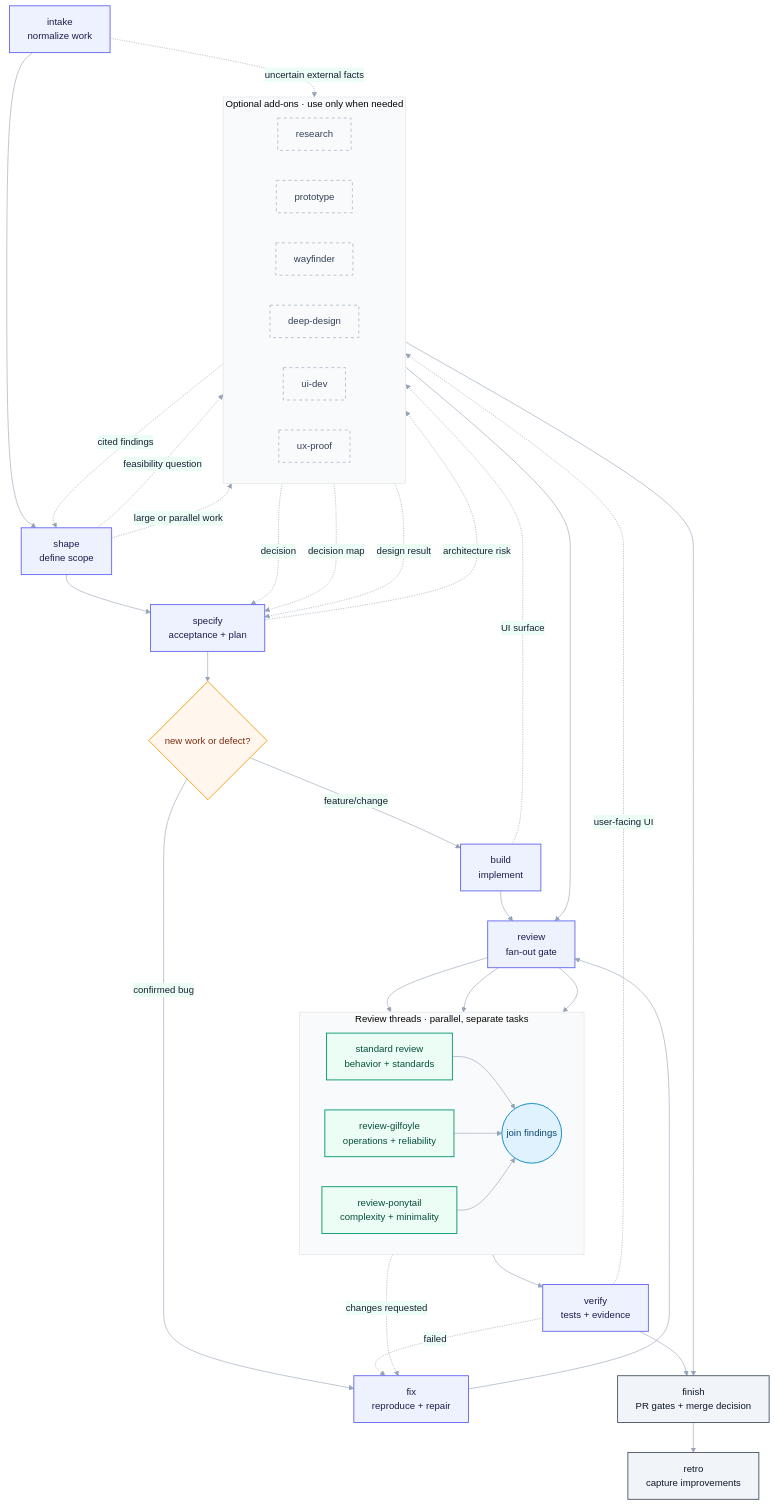
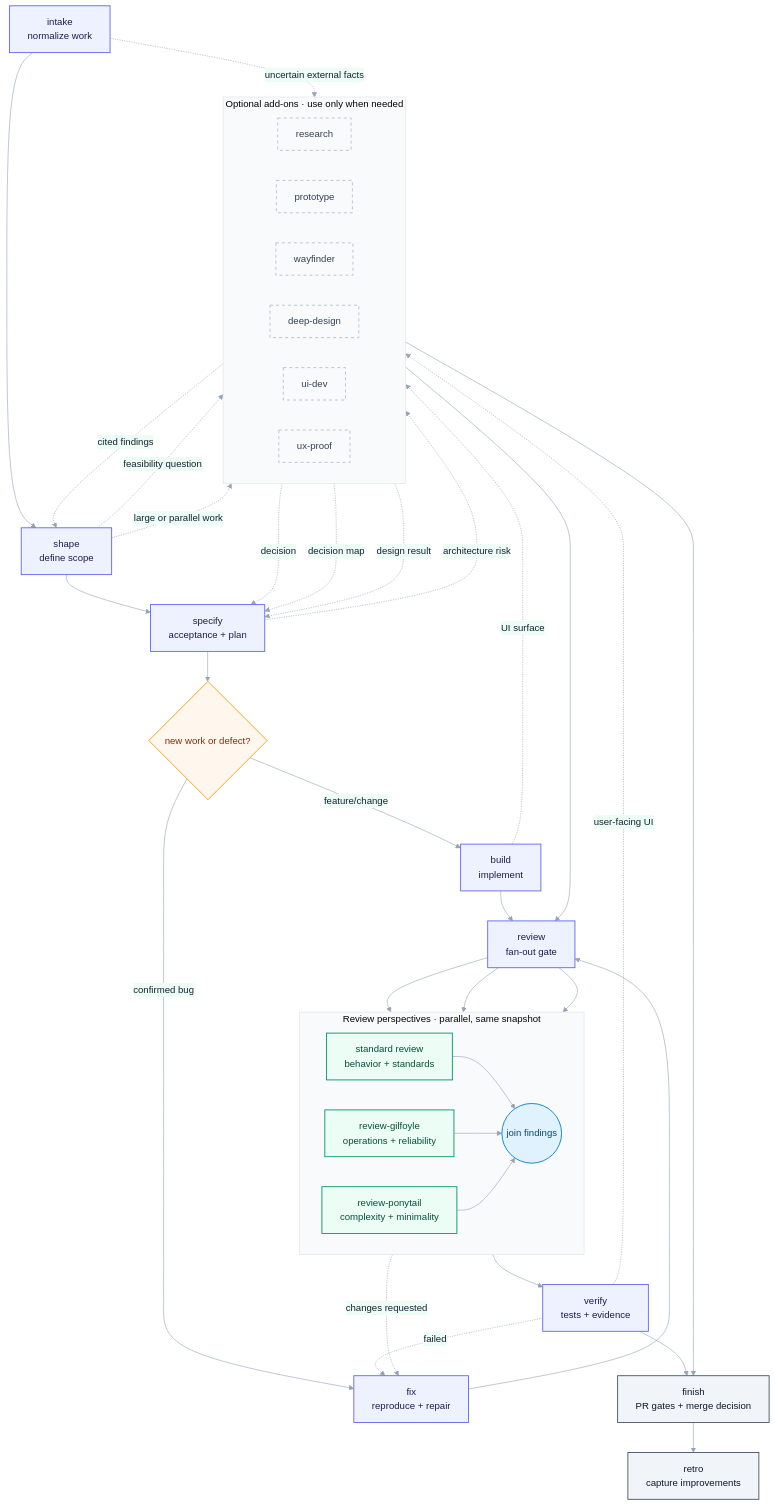
The second of 2 diagrams in README.md (Igloczek/skills), drawn with Mermaid before and after one commit. The commit also changed other lines of this file and 18 other files, not shown here.

````diff
--- a/README.md
+++ b/README.md
@@ -74,65 +75,65 @@
 ```mermaid
 %%{init: {"theme":"base","themeVariables":{"fontFamily":"ui-sans-serif,system-ui,sans-serif","lineColor":"#94a3b8","primaryColor":"#eef2ff","primaryTextColor":"#172033","primaryBorderColor":"#6366f1","secondaryColor":"#ecfdf5","tertiaryColor":"#f8fafc"}}}%%
 flowchart TD
     intake["intake<br/>normalize work"] --> shape["shape<br/>define scope"]
     shape --> specify["specify<br/>acceptance + plan"]
     specify --> kind{"new work or defect?"}
     kind -->|feature/change| build["build<br/>implement"]
     kind -->|confirmed bug| fix["fix<br/>reproduce + repair"]
     build --> review["review<br/>fan-out gate"]
     fix --> review
 
-    subgraph review_threads["Review threads · parallel, separate tasks"]
+    subgraph review_threads["Review perspectives · parallel, same snapshot"]
         direction LR
         standard_review["standard review<br/>behavior + standards"]
         review_gilfoyle["review-gilfoyle<br/>operations + reliability"]
         review_ponytail["review-ponytail<br/>complexity + minimality"]
         review_join(("join findings"))
     end
     review --> standard_review
     review --> review_gilfoyle
     review --> review_ponytail
     standard_review --> review_join
     review_gilfoyle --> review_join
     review_ponytail --> review_join
     review_join --> verify["verify<br/>tests + evidence"]
     review_join -. changes requested .-> fix
     verify -. failed .-> fix
     verify --> finish["finish<br/>PR gates + merge decision"]
     finish --> retro["retro<br/>capture improvements"]
 
     subgraph optional["Optional add-ons · use only when needed"]
         direction LR
         research["research"]
         prototype["prototype"]
         wayfinder["wayfinder"]
         deep_design["deep-design"]
         ui_dev["ui-dev"]
         ux_proof["ux-proof"]
     end
     intake -. uncertain external facts .-> research
     research -. cited findings .-> shape
     shape -. feasibility question .-> prototype
     prototype -. decision .-> specify
     shape -. large or parallel work .-> wayfinder
     wayfinder -. decision map .-> specify
     specify -. architecture risk .-> deep_design
     deep_design -. design result .-> specify
     build -. UI surface .-> ui_dev
     ui_dev --> review
     verify -. user-facing UI .-> ux_proof
     ux_proof --> finish
 
     classDef core fill:#eef2ff,stroke:#6366f1,color:#1e1b4b,stroke-width:1.5px;
     classDef review fill:#ecfdf5,stroke:#059669,color:#064e3b,stroke-width:1.5px;
     classDef optional fill:#f8fafc,stroke:#94a3b8,color:#334155,stroke-width:1px,stroke-dasharray:5 5;
     classDef decision fill:#fff7ed,stroke:#f59e0b,color:#7c2d12,stroke-width:1.5px;
     classDef join fill:#e0f2fe,stroke:#0284c7,color:#0c4a6e,stroke-width:1.5px;
     classDef terminal fill:#f1f5f9,stroke:#475569,color:#0f172a,stroke-width:1.5px;
     class intake,shape,specify,build,fix,review,verify core;
     class standard_review,review_gilfoyle,review_ponytail review;
     class review_join join;
     class kind decision;
     class finish,retro terminal;
     class research,prototype,wayfinder,deep_design,ui_dev,ux_proof optional;
 ```
````
